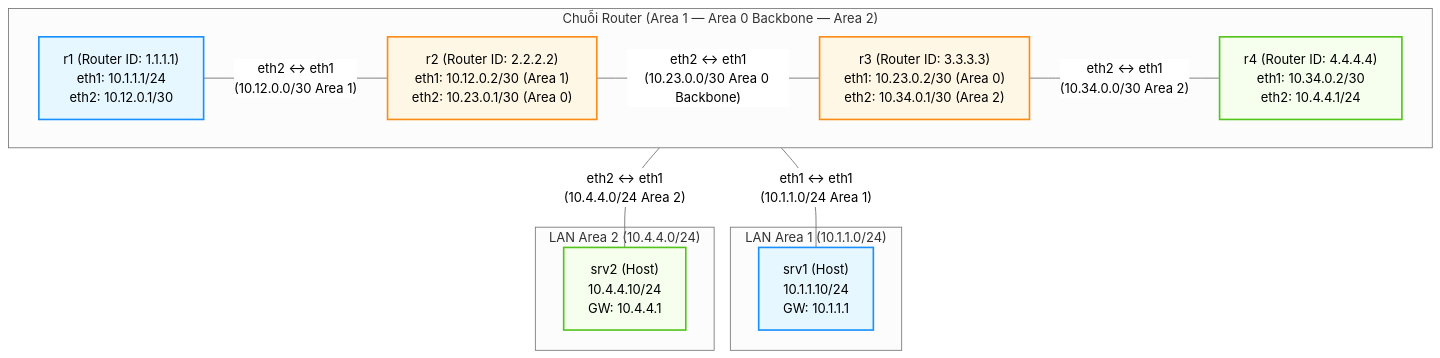
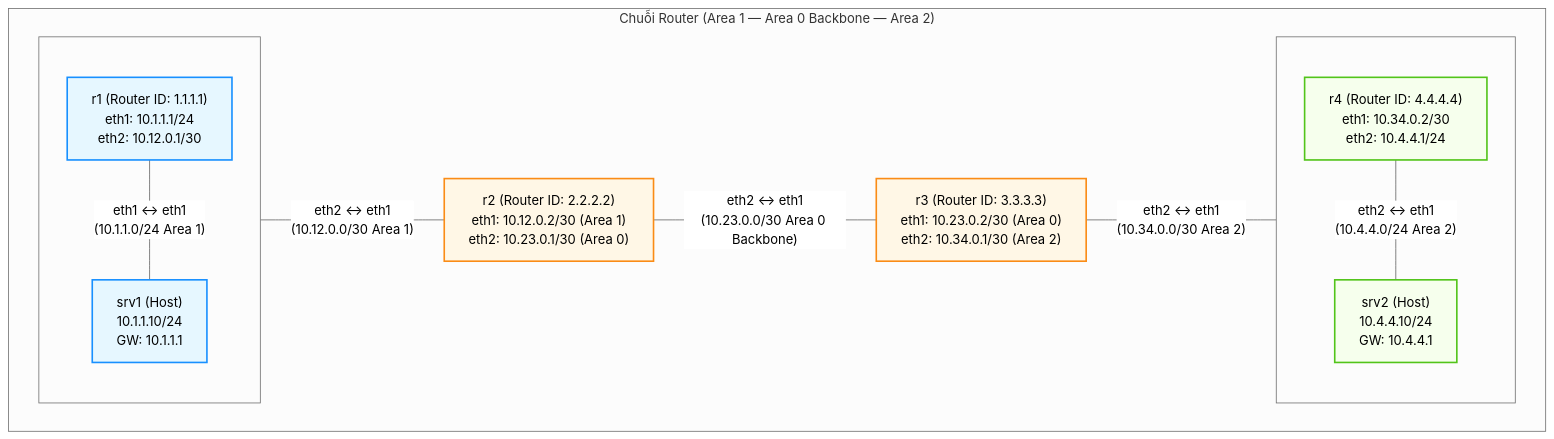
Before and after one commit to thangphan205/containerlab-demo: the diagram in bai-tap-ve-nha/18-troubleshooting-chaos-lab/lab-guide.md, drawn with Mermaid (neutral theme).

Commit message:
docs: update lab guide troubleshooting instructions for chaos experiment scenarios

````diff
--- a/bai-tap-ve-nha/18-troubleshooting-chaos-lab/lab-guide.md
+++ b/bai-tap-ve-nha/18-troubleshooting-chaos-lab/lab-guide.md
@@ -24,29 +24,30 @@
 ```mermaid
-graph TB
+graph LR
     classDef area1 fill:#e6f7ff,stroke:#1890ff,stroke-width:2px;
     classDef area0 fill:#fff7e6,stroke:#fa8c16,stroke-width:2px;
     classDef area2 fill:#f6ffed,stroke:#52c41a,stroke-width:2px;
 
     subgraph core ["Chuỗi Router (Area 1 — Area 0 Backbone — Area 2)"]
         direction LR
-        r1["r1 (Router ID: 1.1.1.1)<br>eth1: 10.1.1.1/24<br>eth2: 10.12.0.1/30"]:::area1
+        subgraph col1 [" "]
+            direction TB
+            r1["r1 (Router ID: 1.1.1.1)<br>eth1: 10.1.1.1/24<br>eth2: 10.12.0.1/30"]:::area1
+            srv1["srv1 (Host)<br>10.1.1.10/24<br>GW: 10.1.1.1"]:::area1
+        end
+
         r2["r2 (Router ID: 2.2.2.2)<br>eth1: 10.12.0.2/30 (Area 1)<br>eth2: 10.23.0.1/30 (Area 0)"]:::area0
         r3["r3 (Router ID: 3.3.3.3)<br>eth1: 10.23.0.2/30 (Area 0)<br>eth2: 10.34.0.1/30 (Area 2)"]:::area0
-        r4["r4 (Router ID: 4.4.4.4)<br>eth1: 10.34.0.2/30<br>eth2: 10.4.4.1/24"]:::area2
+
+        subgraph col4 [" "]
+            direction TB
+            r4["r4 (Router ID: 4.4.4.4)<br>eth1: 10.34.0.2/30<br>eth2: 10.4.4.1/24"]:::area2
+            srv2["srv2 (Host)<br>10.4.4.10/24<br>GW: 10.4.4.1"]:::area2
+        end
 
         r1 -- "eth2 <-> eth1<br>(10.12.0.0/30 Area 1)" --- r2
         r2 -- "eth2 <-> eth1<br>(10.23.0.0/30 Area 0 Backbone)" --- r3
         r3 -- "eth2 <-> eth1<br>(10.34.0.0/30 Area 2)" --- r4
+        r1 -- "eth1 <-> eth1<br>(10.1.1.0/24 Area 1)" --- srv1
+        r4 -- "eth2 <-> eth1<br>(10.4.4.0/24 Area 2)" --- srv2
     end
-
-    subgraph lan1 ["LAN Area 1 (10.1.1.0/24)"]
-        srv1["srv1 (Host)<br>10.1.1.10/24<br>GW: 10.1.1.1"]:::area1
-    end
-
-    subgraph lan2 ["LAN Area 2 (10.4.4.0/24)"]
-        srv2["srv2 (Host)<br>10.4.4.10/24<br>GW: 10.4.4.1"]:::area2
-    end
-
-    r1 -- "eth1 <-> eth1<br>(10.1.1.0/24 Area 1)" --- srv1
-    r4 -- "eth2 <-> eth1<br>(10.4.4.0/24 Area 2)" --- srv2
 ```
````
